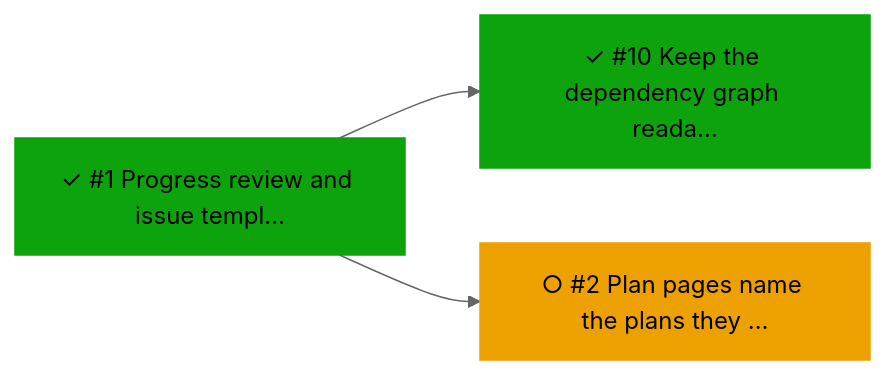
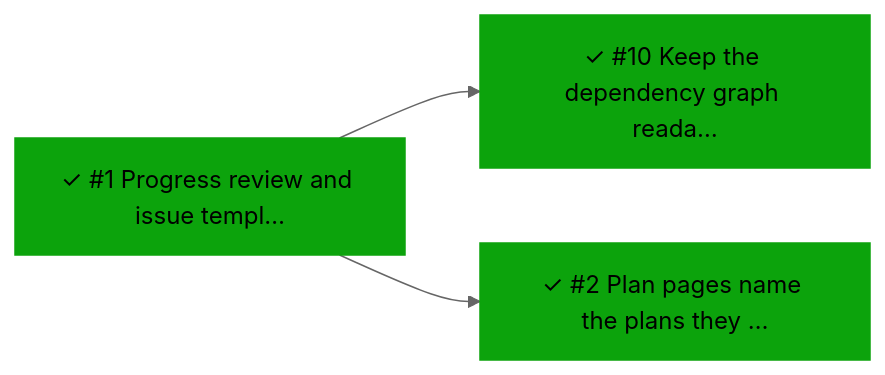
Before and after one commit to bvraghav/pmtrack: the second of 2 diagrams in progress/core.md, drawn with Mermaid (neutral theme). The commit also changed other lines of this file and 5 other files, not shown here.

````diff
--- a/progress/core.md
+++ b/progress/core.md
@@ -38,14 +38,14 @@
 ```mermaid
 flowchart LR
   n0["✓ #1 Progress review and issue templ…"]:::done
   n1["✓ #10 Keep the dependency graph reada…"]:::done
-  n2["○ #2 Plan pages name the plans they …"]:::ready
+  n2["✓ #2 Plan pages name the plans they …"]:::done
   n0 --> n1
   n0 --> n2
   classDef done fill:#0ca30c,color:#000,stroke:#0ca30c
   classDef active fill:#2a78d6,color:#fff,stroke:#2a78d6
   classDef ready fill:#eda100,color:#000,stroke:#eda100
   classDef blocked fill:#d03b3b,color:#fff,stroke:#d03b3b
   classDef unknown fill:#898781,color:#000,stroke:#898781
   classDef dropped fill:#898781,color:#000,stroke:#898781
 ```
````
